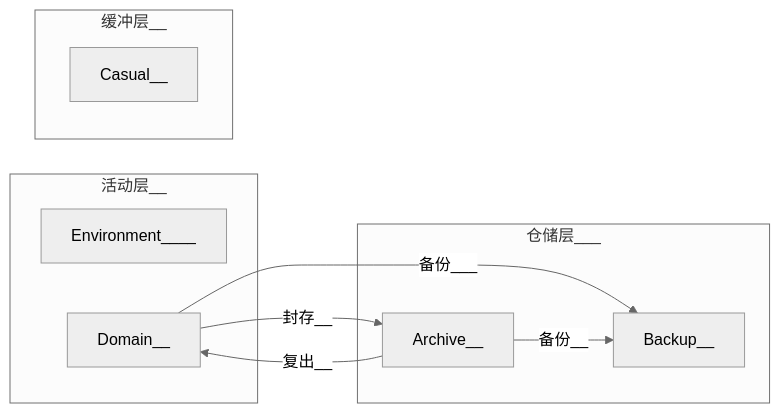
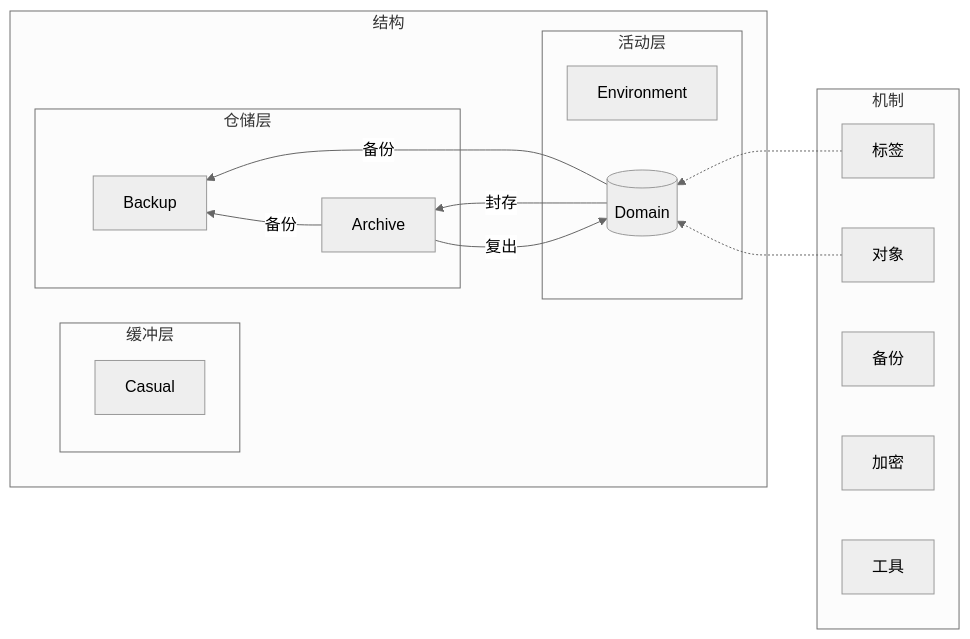
The diagram in __index__.md (IceTiki/File_Management), drawn with Mermaid (neutral theme) before and after one commit. The commit also changed other lines of this file and 3 other files, not shown here.

````diff
--- a/__index__.md
+++ b/__index__.md
@@ -43,23 +62,38 @@
 ```mermaid
-graph LR
-	subgraph 活动层__
-		Environment____
-        Domain__
+graph RL
+    subgraph 结构
+        subgraph 缓冲层
+            Casual
+        end
+        subgraph 活动层
+            Environment
+            Domain
+        end
+        subgraph 仓储层
+            Archive
+            Backup
+            Domain[(Domain)]-->|封存|Archive
+            Archive-->|复出|Domain
+            Domain-->|备份|Backup
+            Archive-->|备份|Backup
+        end
+     end
+    subgraph 机制
+        标签-.->Domain
+        对象-.->Domain
+        备份
+        加密
+        工具
     end
-    subgraph 仓储层___
-    	Archive__
-    	Backup__
-        Domain__-->|封存__|Archive__
-        Archive__-->|复出__|Domain__
-        Domain__-->|备份___|Backup__
-        Archive__-->|备份__|Backup__
-    end
-    subgraph 缓冲层__
-        Casual__
-	end
-    click Domain__ "#领域" _blank
-    click Environment____ "#环境" _blank
-    click Archive__ "#存档" _blank
-    click Backup__ "#备份" _blank
-    click Casual__ "#临时" _blank
+click 结构 "#结构" _blank
+click Domain "#Domain" _blank
+click Environment "#Environment" _blank
+click Archive "#Archive" _blank
+click Backup "#Backup" _blank
+click Casual "#Casual" _blank
+click 标签 "#标签" _blank
+click 备份 "#备份" _blank
+click 加密 "#加密" _blank
+click 工具 "#工具" _blank
+click 对象 "#对象" _blank
 ```
````
